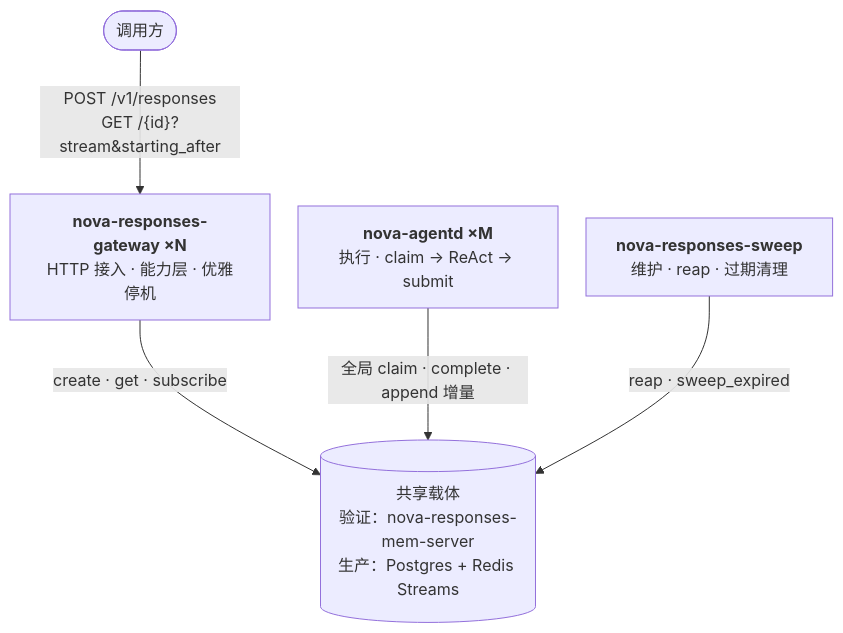
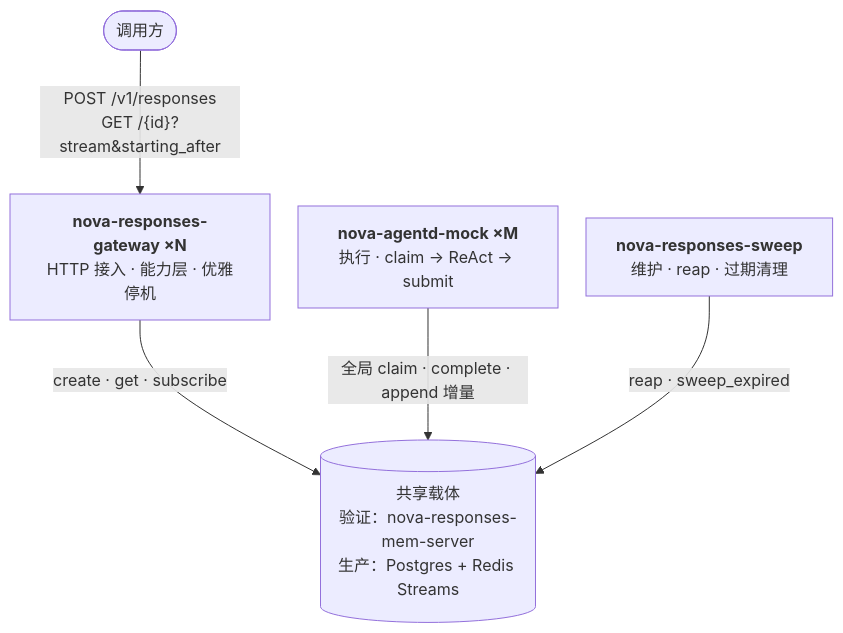
Before and after one commit to charleslyh/nova-chat: the diagram in docs/architecture/README.md, drawn with Mermaid. The commit also changed other lines of this file and 65 other files, not shown here.

Commit message:
refactor(agent): extract AgentRuntime orchestrator behind an AgentRunner trait refactor(agentd): demote to nova-agentd-mock verification process under testing/ refactor(core): drop Clock and completions provider abstractions from the domain

````diff
--- a/docs/architecture/README.md
+++ b/docs/architecture/README.md
@@ -11,12 +11,12 @@
 ```mermaid
 %%{init: {"flowchart": {"curve": "basis", "rankSpacing": 72, "nodeSpacing": 28}}}%%
 flowchart TB
     client(["调用方"]) -->|"POST /v1/responses<br/>GET /{id}?stream&starting_after"| gw["<b>nova-responses-gateway ×N</b><br/>HTTP 接入 · 能力层 · 优雅停机"]
-    agentd["<b>nova-agentd ×M</b><br/>执行 · claim → ReAct → submit"]
+    agentd["<b>nova-agentd-mock ×M</b><br/>执行 · claim → ReAct → submit"]
     sweep["<b>nova-responses-sweep</b><br/>维护 · reap · 过期清理"]
     carrier[("共享载体<br/>验证：nova-responses-mem-server<br/>生产：Postgres + Redis Streams")]
 
     gw -->|"create · get · subscribe"| carrier
     agentd -->|"全局 claim · complete · append 增量"| carrier
     sweep -->|"reap · sweep_expired"| carrier
 ```
````
